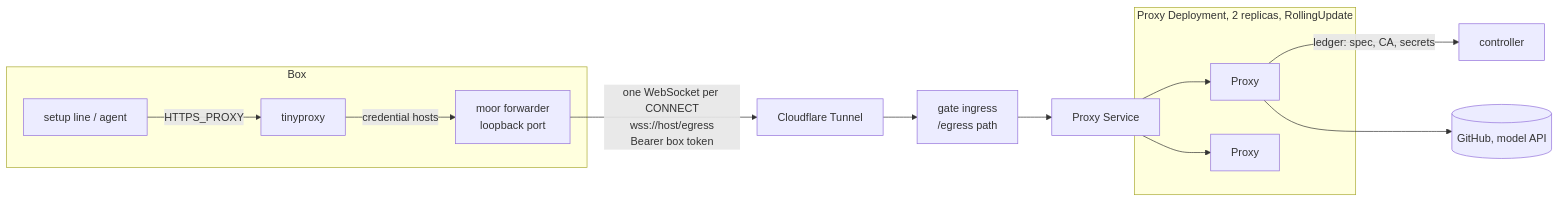
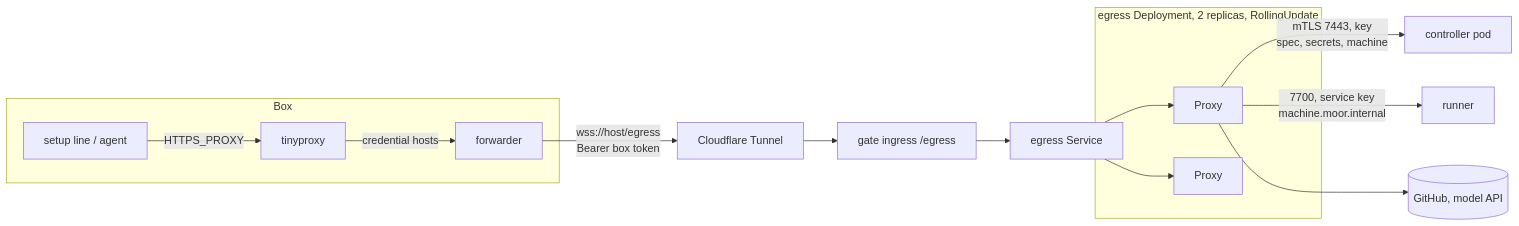
The first of 3 diagrams in docs/specs/deploy-invisible-boxes.md (IniZio/moor), drawn with Mermaid before and after one commit. The commit also changed other lines of this file, not shown here.

Commit message:
docs(specs): move egress isolation into the ledger handshake

````diff
--- a/docs/specs/deploy-invisible-boxes.md
+++ b/docs/specs/deploy-invisible-boxes.md
@@ -70,18 +56,19 @@
 ```mermaid
 flowchart LR
   subgraph Box
     tool[setup line / agent] -->|HTTPS_PROXY| tiny[tinyproxy]
-    tiny -->|credential hosts| fwd[moor forwarder<br/>loopback port]
+    tiny -->|credential hosts| fwd[forwarder]
   end
-  fwd -->|one WebSocket per CONNECT<br/>wss://host/egress<br/>Bearer box token| cf[Cloudflare Tunnel]
-  cf --> gate[gate ingress<br/>/egress path]
-  gate --> svc[Proxy Service]
-  subgraph proxy[Proxy Deployment, 2 replicas, RollingUpdate]
+  fwd -->|wss://host/egress<br/>Bearer box token| cf[Cloudflare Tunnel]
+  cf --> ing[gate ingress /egress]
+  ing --> svc[egress Service]
+  subgraph egress[egress Deployment, 2 replicas, RollingUpdate]
     p1[Proxy]
     p2[Proxy]
   end
   svc --> p1
   svc --> p2
-  p1 -->|ledger: spec, CA, secrets| ctl[controller]
-  p1 --> upstream[(GitHub, model API)]
+  p1 -->|mTLS 7443, key<br/>spec, secrets, machine| ctl[controller pod]
+  p1 -->|7700, service key<br/>machine.moor.internal| run[runner]
+  p1 --> up[(GitHub, model API)]
 ```
````
